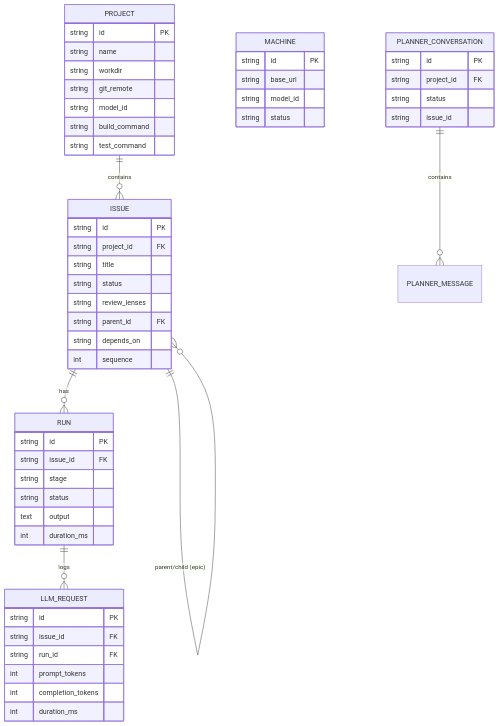
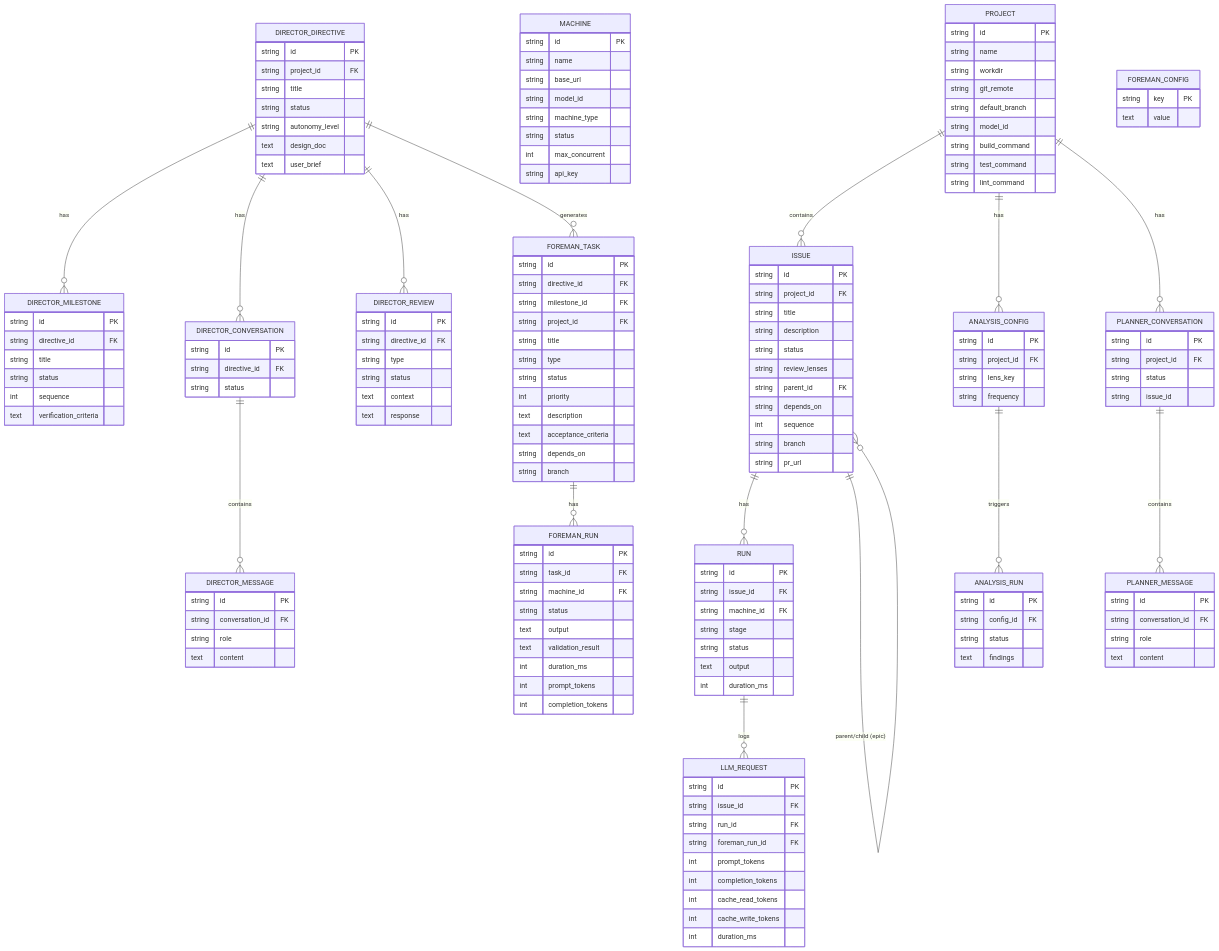
One commit to reffdev/auto-swe changed the diagram in docs/architecture/05-data-model.md. Above: the diagram before and after it, drawn with Mermaid. The commit also changed other lines of this file and 18 other files, not shown here.

````diff
--- a/docs/architecture/05-data-model.md
+++ b/docs/architecture/05-data-model.md
@@ -3,14 +7,29 @@
 ```mermaid
 erDiagram
     PROJECT ||--o{ ISSUE : contains
+    PROJECT ||--o{ ANALYSIS_CONFIG : has
+    PROJECT ||--o{ PLANNER_CONVERSATION : has
     PROJECT {
         string id PK
         string name
         string workdir
         string git_remote
+        string default_branch
         string model_id
         string build_command
         string test_command
+        string lint_command
+    }
+
+    MACHINE {
+        string id PK
+        string name
+        string base_url
+        string model_id
+        string machine_type
+        string status
+        int max_concurrent
+        string api_key
     }
 
     ISSUE ||--o{ RUN : has
@@ -19,28 +38,131 @@
         string id PK
         string project_id FK
         string title
+        string description
         string status
         string review_lenses
         string parent_id FK
         string depends_on
         int sequence
+        string branch
+        string pr_url
     }
 
     RUN ||--o{ LLM_REQUEST : logs
     RUN {
         string id PK
         string issue_id FK
+        string machine_id FK
         string stage
         string status
         text output
         int duration_ms
     }
 
-    MACHINE {
+    LLM_REQUEST {
         string id PK
-        string base_url
-        string model_id
+        string issue_id FK
+        string run_id FK
+        string foreman_run_id FK
+        int prompt_tokens
+        int completion_tokens
+        int cache_read_tokens
+        int cache_write_tokens
+        int duration_ms
+    }
+
+    DIRECTOR_DIRECTIVE ||--o{ DIRECTOR_MILESTONE : has
+    DIRECTOR_DIRECTIVE ||--o{ DIRECTOR_CONVERSATION : has
+    DIRECTOR_DIRECTIVE ||--o{ DIRECTOR_REVIEW : has
+    DIRECTOR_DIRECTIVE ||--o{ FOREMAN_TASK : generates
+    DIRECTOR_DIRECTIVE {
+        string id PK
+        string project_id FK
+        string title
         string status
+        string autonomy_level
+        text design_doc
+        text user_brief
+    }
+
+    DIRECTOR_MILESTONE {
+        string id PK
+        string directive_id FK
+        string title
+        string status
+        int sequence
+        text verification_criteria
+    }
+
+    DIRECTOR_REVIEW {
+        string id PK
+        string directive_id FK
+        string type
+        string status
+        text context
+        text response
+    }
+
+    DIRECTOR_CONVERSATION ||--o{ DIRECTOR_MESSAGE : contains
+    DIRECTOR_CONVERSATION {
+        string id PK
+        string directive_id FK
+        string status
+    }
+
+    DIRECTOR_MESSAGE {
+        string id PK
+        string conversation_id FK
+        string role
+        text content
+    }
+
+    FOREMAN_TASK ||--o{ FOREMAN_RUN : has
+    FOREMAN_TASK {
+        string id PK
+        string directive_id FK
+        string milestone_id FK
+        string project_id FK
+        string title
+        string type
+        string status
+        int priority
+        text description
+        text acceptance_criteria
+        string depends_on
+        string branch
+    }
+
+    FOREMAN_RUN {
+        string id PK
+        string task_id FK
+        string machine_id FK
+        string status
+        text output
+        text validation_result
+        int duration_ms
+        int prompt_tokens
+        int completion_tokens
+    }
+
+    FOREMAN_CONFIG {
+        string key PK
+        text value
+    }
+
+    ANALYSIS_CONFIG ||--o{ ANALYSIS_RUN : triggers
+    ANALYSIS_CONFIG {
+        string id PK
+        string project_id FK
+        string lens_key
+        string frequency
+    }
+
+    ANALYSIS_RUN {
+        string id PK
+        string config_id FK
+        string status
+        text findings
     }
 
     PLANNER_CONVERSATION ||--o{ PLANNER_MESSAGE : contains
@@ -51,12 +173,10 @@
         string issue_id
     }
 
-    LLM_REQUEST {
+    PLANNER_MESSAGE {
         string id PK
-        string issue_id FK
-        string run_id FK
-        int prompt_tokens
-        int completion_tokens
-        int duration_ms
+        string conversation_id FK
+        string role
+        text content
     }
 ```
````
